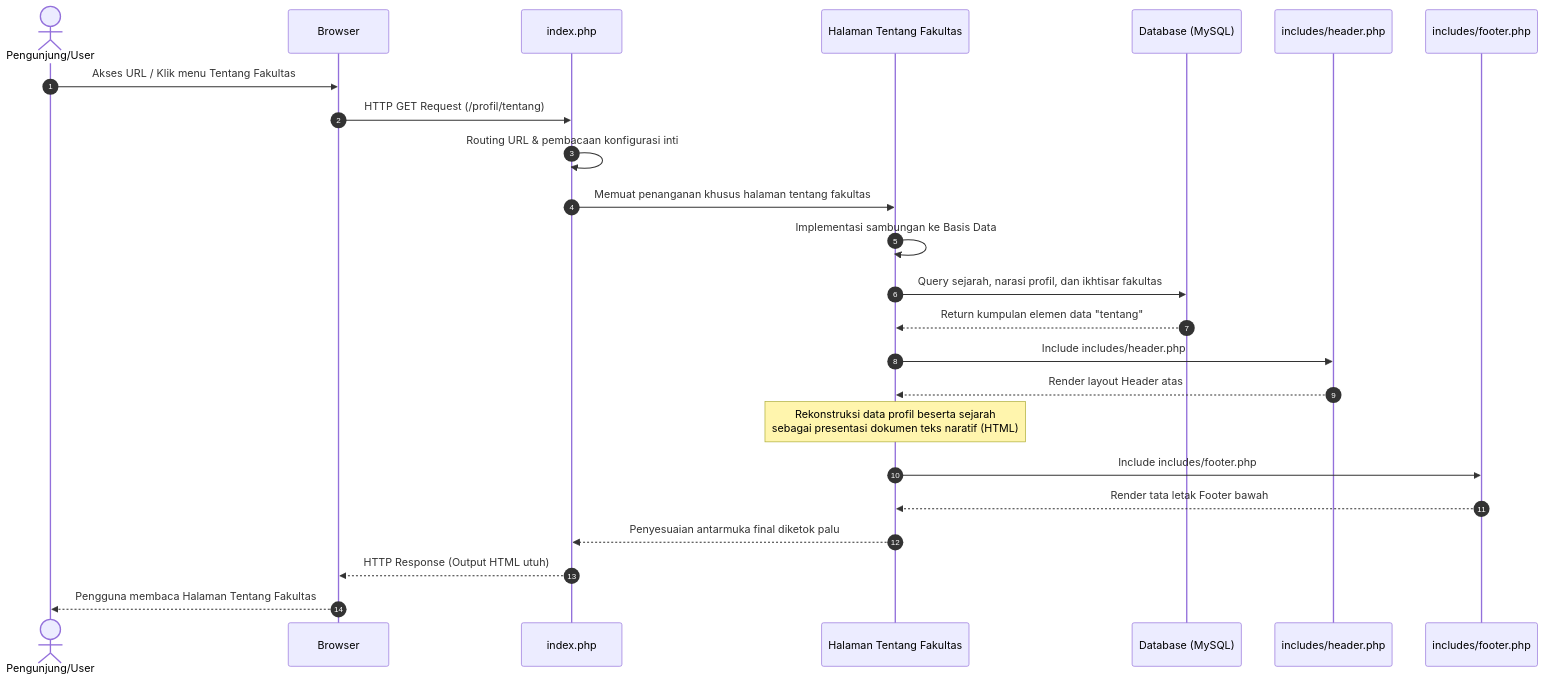
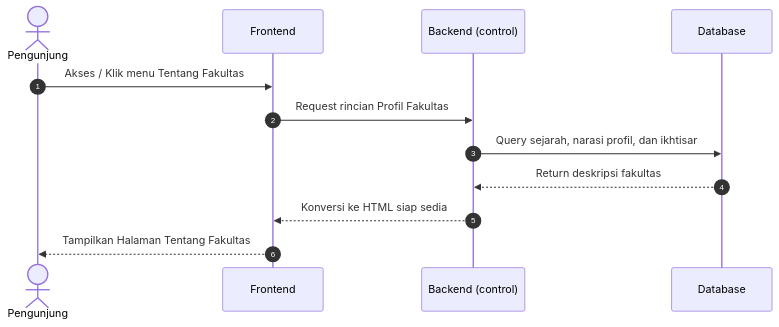
The fourth of 5 diagrams in docs/kumpulan_sequence_frontend.md (arbain-dev/Web_fikom), drawn with Mermaid before and after one commit. The commit also changed other lines of this file and 1 other file, not shown here.

Commit message:
docs: standardisasi arsitektur 3 tier (Frontend, Backend, DB) pada seluruh sequence diagram backend

````diff
--- a/docs/kumpulan_sequence_frontend.md
+++ b/docs/kumpulan_sequence_frontend.md
@@ -101,35 +67,18 @@
 ```mermaid
 sequenceDiagram
     autonumber
     
-    actor User as Pengunjung/User
-    participant Browser
-    participant Index as index.php
-    participant Page as Halaman Tentang Fakultas
-    participant DB as Database (MySQL)
-    participant Header as includes/header.php
-    participant Footer as includes/footer.php
+    actor User as Pengunjung
+    participant Frontend
+    participant Backend as Backend (control)
+    participant DB as Database
 
-    User->>Browser: Akses URL / Klik menu Tentang Fakultas
-    Browser->>Index: HTTP GET Request (/profil/tentang)
+    User->>Frontend: Akses / Klik menu Tentang Fakultas
+    Frontend->>Backend: Request rincian Profil Fakultas
     
-    Index->>Index: Routing URL & pembacaan konfigurasi inti
-    Index->>Page: Memuat penanganan khusus halaman tentang fakultas
+    Backend->>DB: Query sejarah, narasi profil, dan ikhtisar
+    DB-->>Backend: Return deskripsi fakultas
     
-    Page->>Page: Implementasi sambungan ke Basis Data
-    
-    Page->>DB: Query sejarah, narasi profil, dan ikhtisar fakultas
-    DB-->>Page: Return kumpulan elemen data "tentang"
-    
-    Page->>Header: Include includes/header.php
-    Header-->>Page: Render layout Header atas
-    
-    Note over Page: Rekonstruksi data profil beserta sejarah<br/>sebagai presentasi dokumen teks naratif (HTML)
-    
-    Page->>Footer: Include includes/footer.php
-    Footer-->>Page: Render tata letak Footer bawah
-    
-    Page-->>Index: Penyesuaian antarmuka final diketok palu
-    Index-->>Browser: HTTP Response (Output HTML utuh)
-    Browser-->>User: Pengguna membaca Halaman Tentang Fakultas
+    Backend-->>Frontend: Konversi ke HTML siap sedia
+    Frontend-->>User: Tampilkan Halaman Tentang Fakultas
 ```
````
